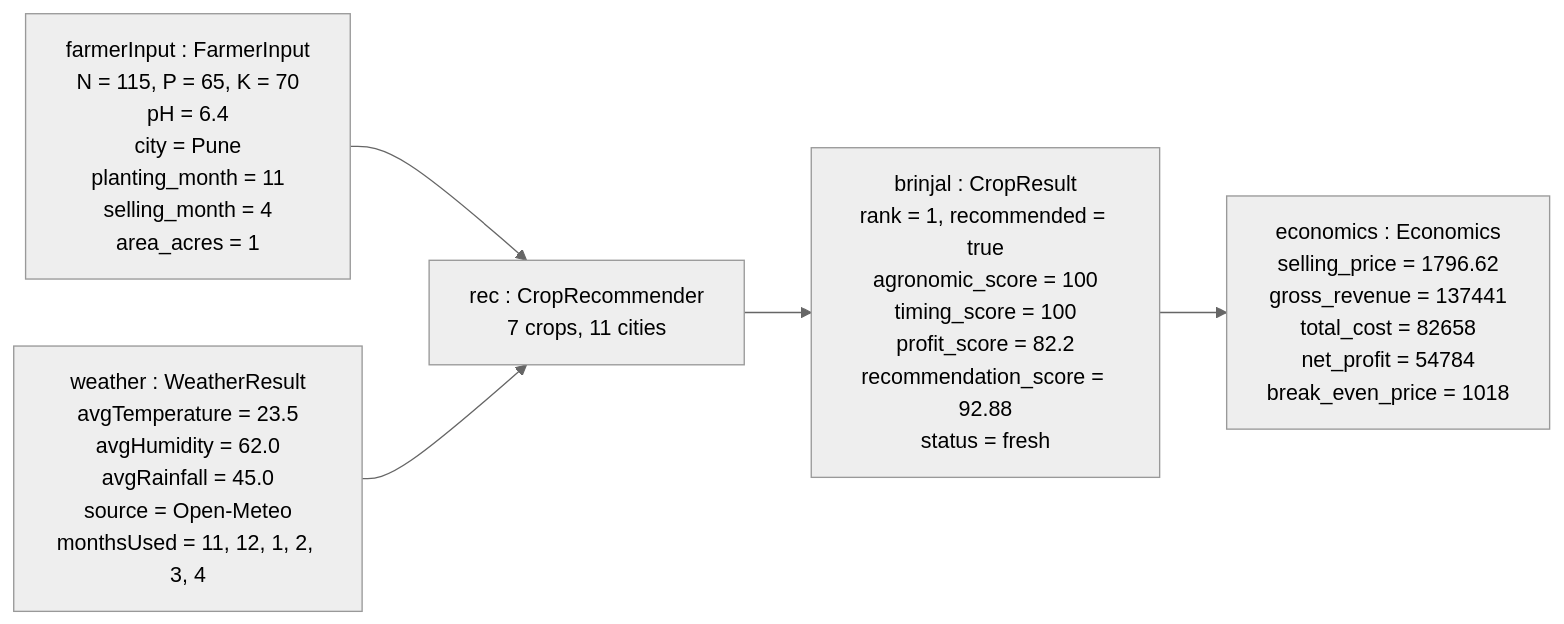
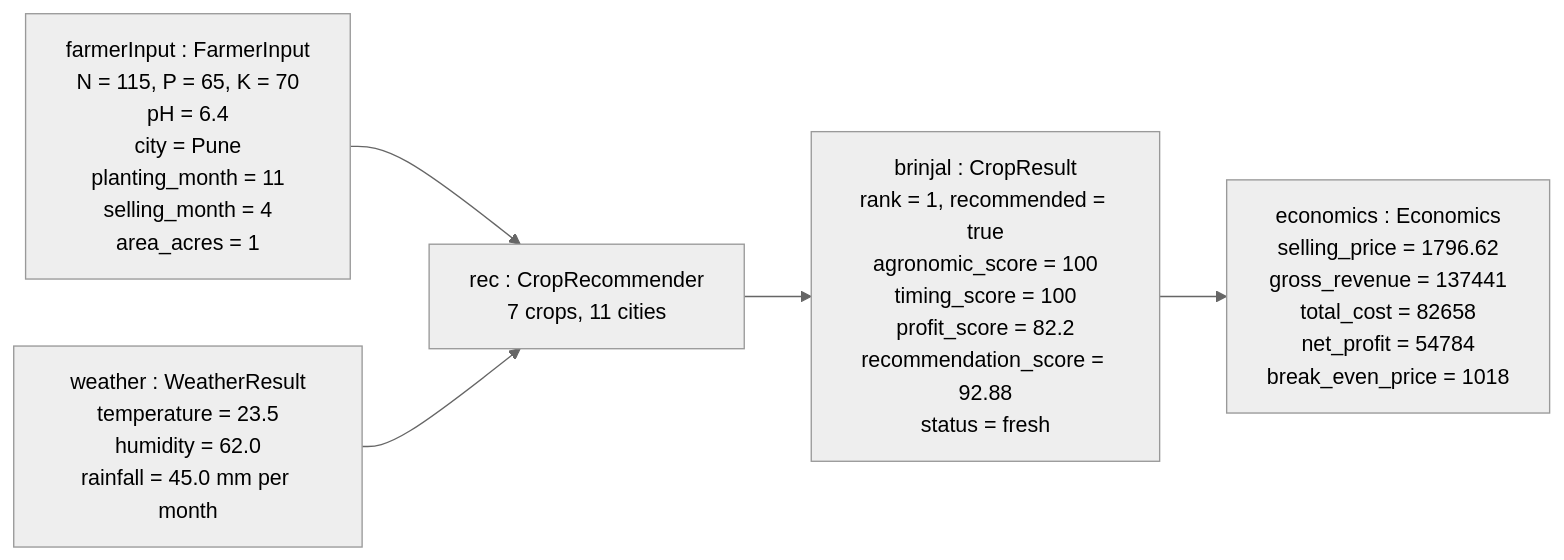
One commit to vaishnavipawar26/Major_Project changed the fourth of 14 diagrams in SmartCrop-AI/README.md. Above: the diagram before and after it, drawn with Mermaid (neutral theme). The commit also changed other lines of this file and 47 other files, not shown here.

````diff
--- a/SmartCrop-AI/README.md
+++ b/SmartCrop-AI/README.md
@@ -593,12 +640,12 @@
 ```mermaid
 flowchart LR
     A["farmerInput : FarmerInput<br/>N = 115, P = 65, K = 70<br/>pH = 6.4<br/>city = Pune<br/>planting_month = 11<br/>selling_month = 4<br/>area_acres = 1"]
-    B["weather : WeatherResult<br/>avgTemperature = 23.5<br/>avgHumidity = 62.0<br/>avgRainfall = 45.0<br/>source = Open-Meteo<br/>monthsUsed = 11, 12, 1, 2, 3, 4"]
+    B["weather : WeatherResult<br/>temperature = 23.5<br/>humidity = 62.0<br/>rainfall = 45.0 mm per month"]
     C["rec : CropRecommender<br/>7 crops, 11 cities"]
     D["brinjal : CropResult<br/>rank = 1, recommended = true<br/>agronomic_score = 100<br/>timing_score = 100<br/>profit_score = 82.2<br/>recommendation_score = 92.88<br/>status = fresh"]
     E["economics : Economics<br/>selling_price = 1796.62<br/>gross_revenue = 137441<br/>total_cost = 82658<br/>net_profit = 54784<br/>break_even_price = 1018"]
     A --> C
     B --> C
     C --> D
     D --> E
 ```
````
